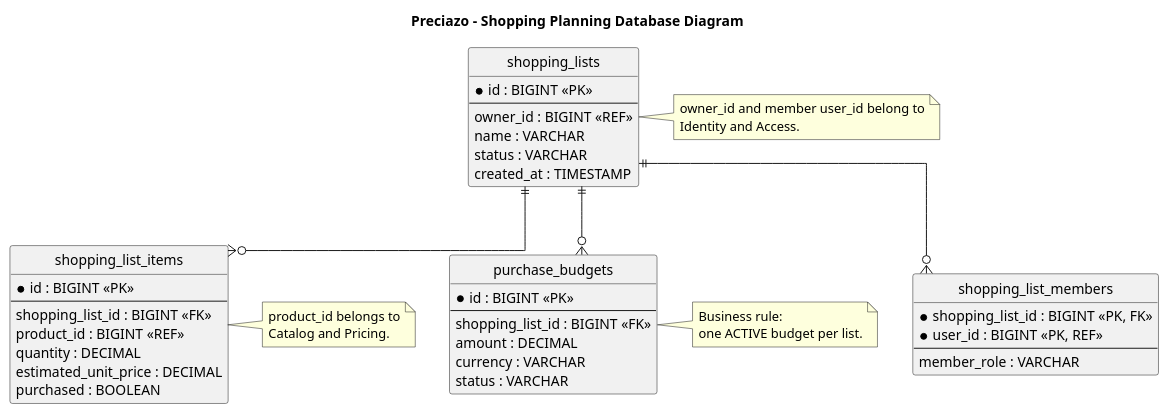
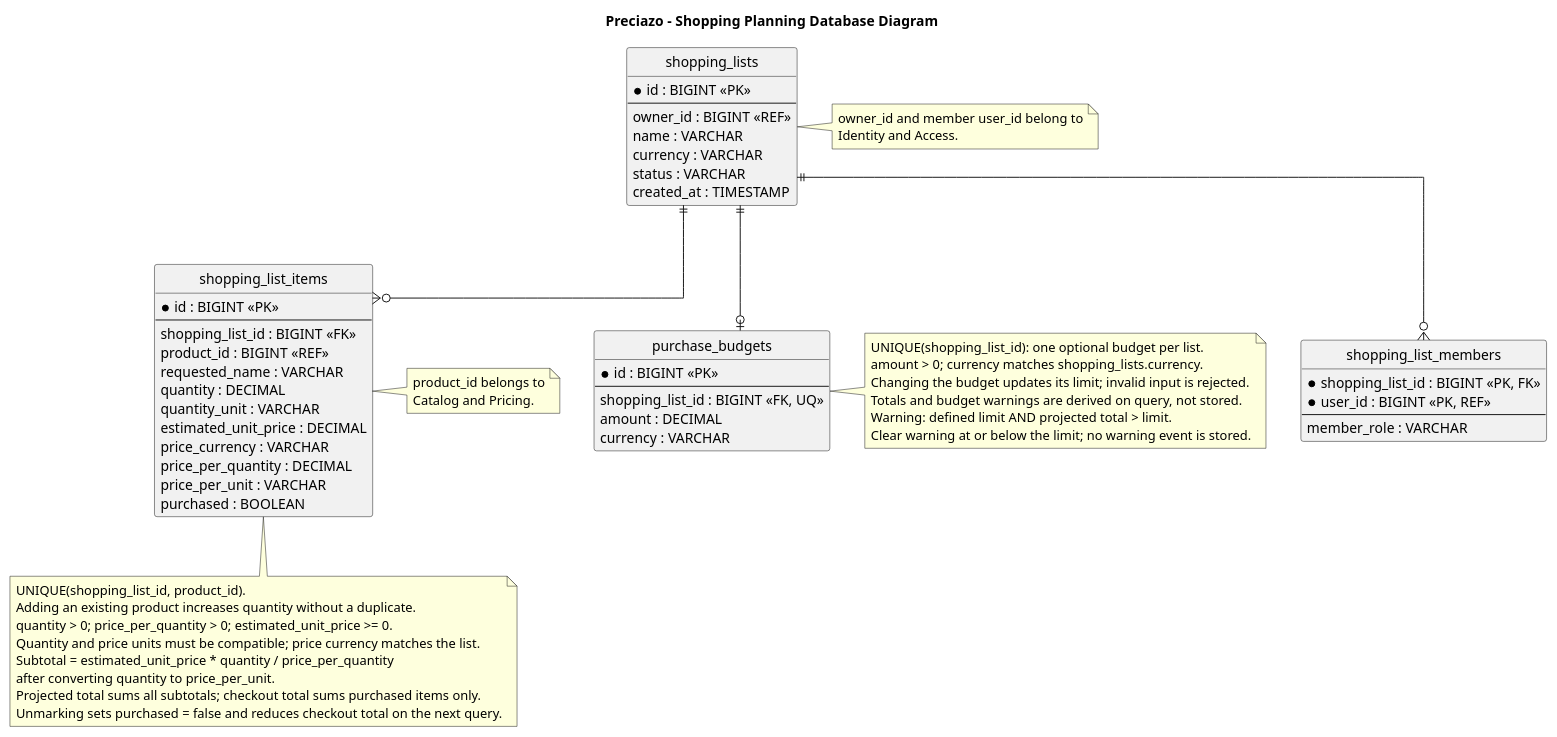
One commit to Open-Source-1ASI0729-2620-7750/preciazo-report changed the diagram in docs/architecture/database/shopping-planning.puml. Above: the diagram before and after it, drawn with PlantUML. The commit also changed 9 other files, not shown here.

```diff
--- a/docs/architecture/database/shopping-planning.puml
+++ b/docs/architecture/database/shopping-planning.puml
@@ -1,62 +1,82 @@
 @startuml Preciazo_DB_Shopping_Planning
 
 title Preciazo - Shopping Planning Database Diagram
 
 hide circle
 skinparam linetype ortho
 
 entity shopping_lists {
     * id : BIGINT <<PK>>
     --
     owner_id : BIGINT <<REF>>
     name : VARCHAR
+    currency : VARCHAR
     status : VARCHAR
     created_at : TIMESTAMP
 }
 
 entity shopping_list_members {
     * shopping_list_id : BIGINT <<PK, FK>>
     * user_id : BIGINT <<PK, REF>>
     --
     member_role : VARCHAR
 }
 
 entity shopping_list_items {
     * id : BIGINT <<PK>>
     --
     shopping_list_id : BIGINT <<FK>>
     product_id : BIGINT <<REF>>
+    requested_name : VARCHAR
     quantity : DECIMAL
+    quantity_unit : VARCHAR
     estimated_unit_price : DECIMAL
+    price_currency : VARCHAR
+    price_per_quantity : DECIMAL
+    price_per_unit : VARCHAR
     purchased : BOOLEAN
 }
 
 entity purchase_budgets {
     * id : BIGINT <<PK>>
     --
-    shopping_list_id : BIGINT <<FK>>
+    shopping_list_id : BIGINT <<FK, UQ>>
     amount : DECIMAL
     currency : VARCHAR
-    status : VARCHAR
 }
 
 shopping_lists ||--o{ shopping_list_members
 shopping_lists ||--o{ shopping_list_items
-shopping_lists ||--o{ purchase_budgets
+shopping_lists ||--o| purchase_budgets
 
 note right of shopping_lists
   owner_id and member user_id belong to
   Identity and Access.
 end note
 
 note right of shopping_list_items
   product_id belongs to
   Catalog and Pricing.
 end note
 
 note right of purchase_budgets
-  Business rule:
-  one ACTIVE budget per list.
+  UNIQUE(shopping_list_id): one optional budget per list.
+  amount > 0; currency matches shopping_lists.currency.
+  Changing the budget updates its limit; invalid input is rejected.
+  Totals and budget warnings are derived on query, not stored.
+  Warning: defined limit AND projected total > limit.
+  Clear warning at or below the limit; no warning event is stored.
+end note
+
+note bottom of shopping_list_items
+  UNIQUE(shopping_list_id, product_id).
+  Adding an existing product increases quantity without a duplicate.
+  quantity > 0; price_per_quantity > 0; estimated_unit_price >= 0.
+  Quantity and price units must be compatible; price currency matches the list.
+  Subtotal = estimated_unit_price * quantity / price_per_quantity
+  after converting quantity to price_per_unit.
+  Projected total sums all subtotals; checkout total sums purchased items only.
+  Unmarking sets purchased = false and reduces checkout total on the next query.
 end note
 
 @enduml
```
